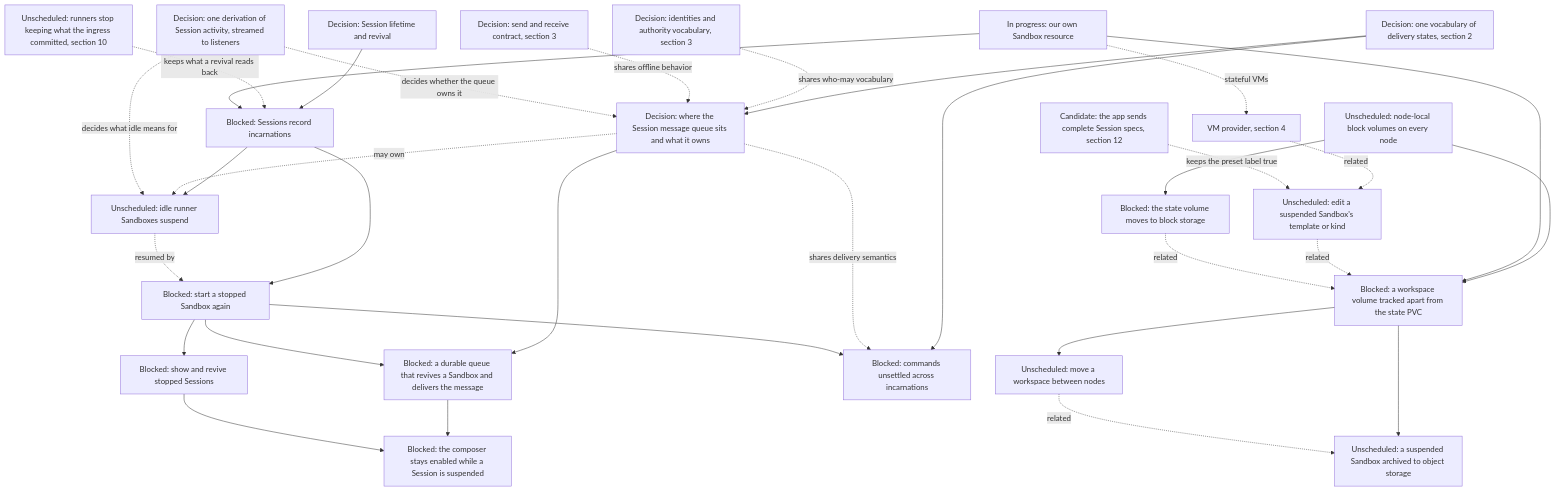
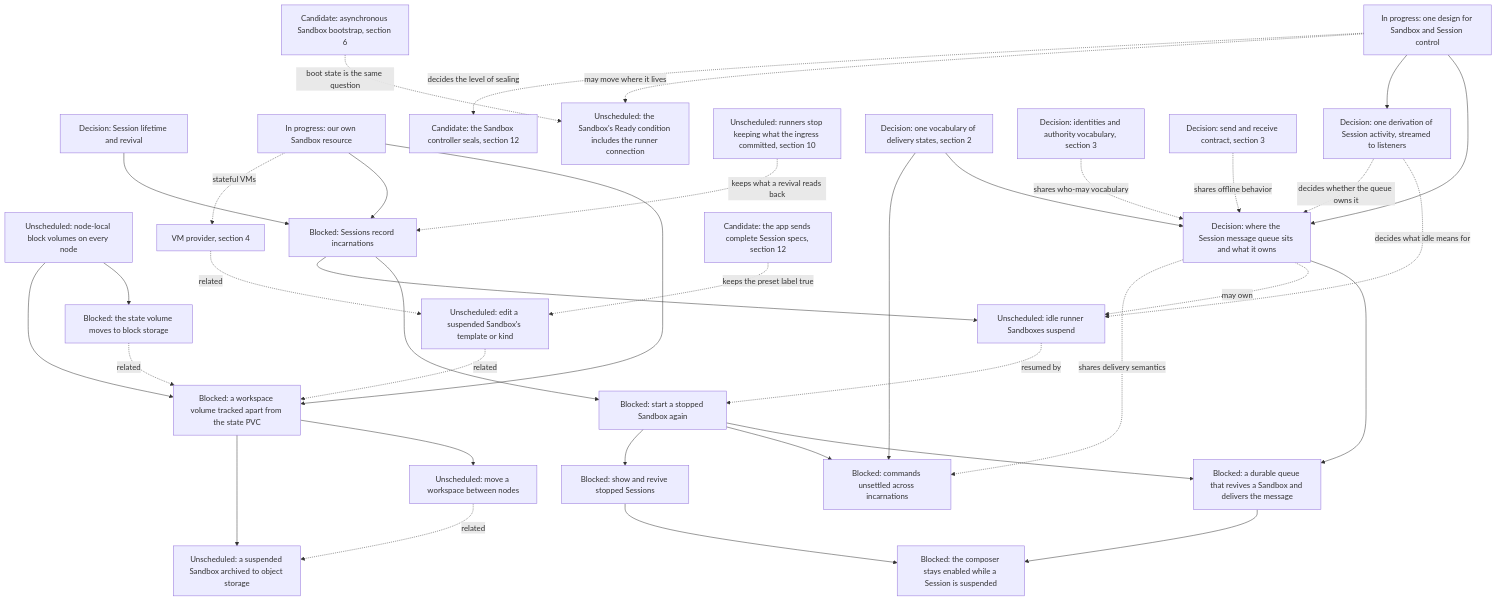
One commit to agentydragon-agent/ducktape changed the ninth of 15 diagrams in agentplane/plans/task_dag.md. Above: the diagram before and after it, drawn with Mermaid. The commit also changed other lines of this file, not shown here.

First line of the commit message:
agentplane/plans: add the Sandbox and Session control design and runner-connected readiness nodes (#10330)

````diff
--- a/agentplane/plans/task_dag.md
+++ b/agentplane/plans/task_dag.md
@@ -698,51 +698,58 @@
 ```mermaid
 flowchart TD
     DURABLE_SESSION_LIFECYCLE[Decision: Session lifetime and revival]
     STATE_VOLUME_BLOCK[Blocked: the state volume moves to block storage]
     NODE_LOCAL_BLOCK_STORAGE[Unscheduled: node-local block volumes on every node]
     WORKSPACE_VOLUME[Blocked: a workspace volume tracked apart from the state PVC]
     SANDBOX_SPEC_EDIT[Unscheduled: edit a suspended Sandbox's template or kind]
     WORKSPACE_NODE_PORTABILITY[Unscheduled: move a workspace between nodes]
     SANDBOX_ARCHIVE[Unscheduled: a suspended Sandbox archived to object storage]
     AGENTPLANE_SANDBOX_RESOURCE[In progress: our own Sandbox resource]
     SESSION_INCARNATIONS[Blocked: Sessions record incarnations]
     SESSION_REVIVE[Blocked: start a stopped Sandbox again]
+    SANDBOX_SESSION_CONTROL_DESIGN[In progress: one design for Sandbox and Session control]
+    RUNNER_CONNECTED_READY[Unscheduled: the Sandbox's Ready condition includes the runner connection]
     SESSION_QUEUE_DESIGN[Decision: where the Session message queue sits and what it owns]
     SESSION_ACTIVITY_STREAM[Decision: one derivation of Session activity, streamed to listeners]
     SESSION_MESSAGE_QUEUE[Blocked: a durable queue that revives a Sandbox and delivers the message]
     SUSPENDED_COMPOSER[Blocked: the composer stays enabled while a Session is suspended]
     THREAD_SUCCESSOR_DELIVERY[Blocked: commands unsettled across incarnations]
     HOSTED_THREAD_SURFACES[Blocked: show and revive stopped Sessions]
     VM_PROVIDER[VM provider, section 4]
     DURABLE_SESSION_LIFECYCLE --> SESSION_INCARNATIONS
     NODE_LOCAL_BLOCK_STORAGE --> STATE_VOLUME_BLOCK
     NODE_LOCAL_BLOCK_STORAGE --> WORKSPACE_VOLUME
     AGENTPLANE_SANDBOX_RESOURCE --> WORKSPACE_VOLUME
     WORKSPACE_VOLUME --> WORKSPACE_NODE_PORTABILITY
     WORKSPACE_VOLUME --> SANDBOX_ARCHIVE
     WORKSPACE_NODE_PORTABILITY -. related .-> SANDBOX_ARCHIVE
     SANDBOX_SPEC_EDIT -. related .-> WORKSPACE_VOLUME
     VM_PROVIDER -. related .-> SANDBOX_SPEC_EDIT
     APP_SESSION_DEFAULTS[Candidate: the app sends complete Session specs, section 12] -. keeps the preset label true .-> SANDBOX_SPEC_EDIT
     RUNNER_JOURNAL_TRIM[Unscheduled: runners stop keeping what the ingress committed, section 10] -. keeps what a revival reads back .-> SESSION_INCARNATIONS
     STATE_VOLUME_BLOCK -. related .-> WORKSPACE_VOLUME
     AGENTPLANE_SANDBOX_RESOURCE --> SESSION_INCARNATIONS
     AGENTPLANE_SANDBOX_RESOURCE -. stateful VMs .-> VM_PROVIDER
     SESSION_INCARNATIONS --> SESSION_REVIVE
     SESSION_INCARNATIONS --> SANDBOX_IDLE_EXPIRY[Unscheduled: idle runner Sandboxes suspend]
     SANDBOX_IDLE_EXPIRY -. resumed by .-> SESSION_REVIVE
     SESSION_QUEUE_DESIGN --> SESSION_MESSAGE_QUEUE
     SESSION_REVIVE --> SESSION_MESSAGE_QUEUE
     SESSION_MESSAGE_QUEUE --> SUSPENDED_COMPOSER
     HOSTED_THREAD_SURFACES --> SUSPENDED_COMPOSER
     COMMAND_DELIVERY_STATES[Decision: one vocabulary of delivery states, section 2] --> SESSION_QUEUE_DESIGN
     COMMAND_DELIVERY_STATES --> THREAD_SUCCESSOR_DELIVERY
     MULTIAGENT_MODEL[Decision: identities and authority vocabulary, section 3] -. shares who-may vocabulary .-> SESSION_QUEUE_DESIGN
     AGENT_MESSAGING_DESIGN[Decision: send and receive contract, section 3] -. shares offline behavior .-> SESSION_QUEUE_DESIGN
     SESSION_QUEUE_DESIGN -. may own .-> SANDBOX_IDLE_EXPIRY
     SESSION_ACTIVITY_STREAM -. decides what idle means for .-> SANDBOX_IDLE_EXPIRY
     SESSION_ACTIVITY_STREAM -. decides whether the queue owns it .-> SESSION_QUEUE_DESIGN
+    SANDBOX_SESSION_CONTROL_DESIGN --> SESSION_QUEUE_DESIGN
+    SANDBOX_SESSION_CONTROL_DESIGN --> SESSION_ACTIVITY_STREAM
+    SANDBOX_SESSION_CONTROL_DESIGN -. may move where it lives .-> RUNNER_CONNECTED_READY
+    BOOTSTRAP_PROGRESS_CONTRACT[Candidate: asynchronous Sandbox bootstrap, section 6] -. boot state is the same question .-> RUNNER_CONNECTED_READY
+    SANDBOX_SESSION_CONTROL_DESIGN -. decides the level of sealing .-> CONTROLLER_SEALS[Candidate: the Sandbox controller seals, section 12]
     SESSION_QUEUE_DESIGN -. shares delivery semantics .-> THREAD_SUCCESSOR_DELIVERY
     SESSION_REVIVE --> THREAD_SUCCESSOR_DELIVERY
     SESSION_REVIVE --> HOSTED_THREAD_SURFACES
 ```
````
